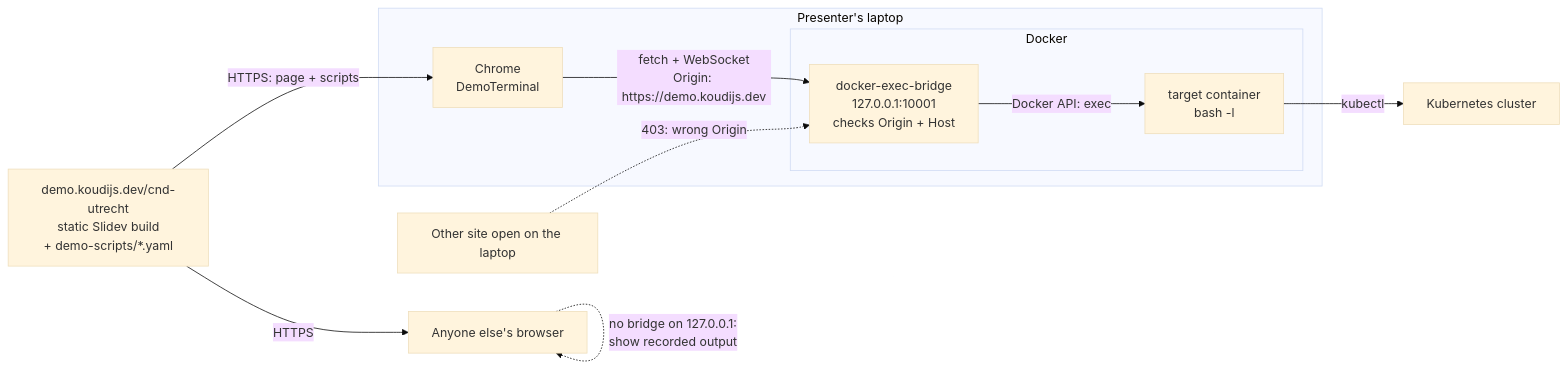
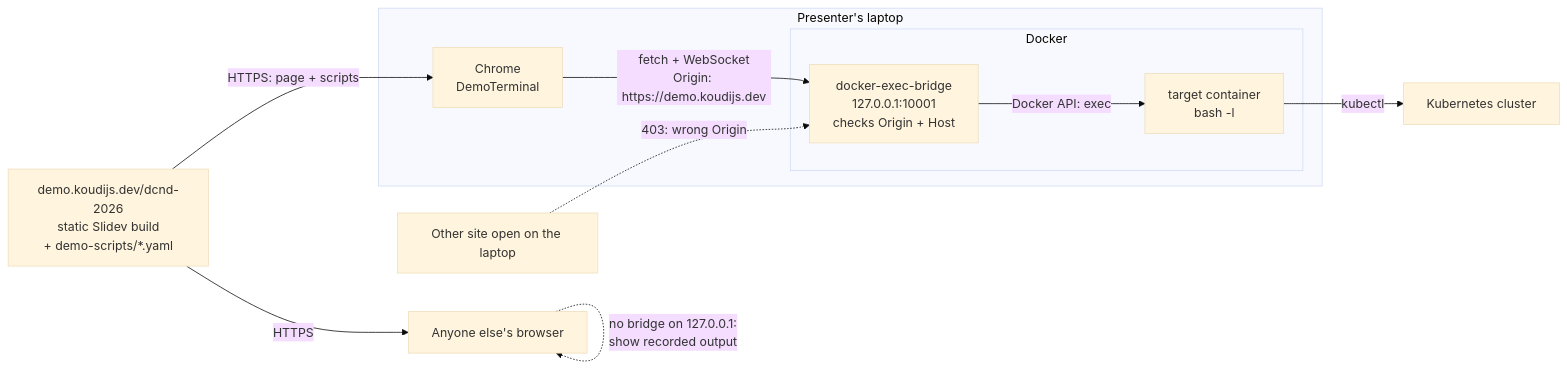
One commit to reverse-gitops/talks changed the third of 3 diagrams in settings-that-break/WEB-TERMINAL.md. Above: the diagram before and after it, drawn with Mermaid (base theme). The commit also changed other lines of this file and 1 other file, not shown here.

Commit message:
Point the hosted-deck notes at /dcnd-2026/
The deck now runs at demo.koudijs.dev/dcnd-2026/, so the comment in
vite.config.ts and the web terminal notes say so instead of the old
/cnd-utrecht/. external/k8s moves to the commit that serves it.

````diff
--- a/settings-that-break/WEB-TERMINAL.md
+++ b/settings-that-break/WEB-TERMINAL.md
@@ -229,24 +229,24 @@
 ```mermaid
 flowchart LR
-  hosting["demo.koudijs.dev/cnd-utrecht<br/>static Slidev build<br/>+ demo-scripts/*.yaml"]
+  hosting["demo.koudijs.dev/dcnd-2026<br/>static Slidev build<br/>+ demo-scripts/*.yaml"]
 
   subgraph laptop["Presenter's laptop"]
     browser["Chrome<br/>DemoTerminal"]
     subgraph docker["Docker"]
       bridge["docker-exec-bridge<br/>127.0.0.1:10001<br/>checks Origin + Host"]
       demo["target container<br/>bash -l"]
     end
   end
 
   other["Anyone else's browser"]
   evil["Other site open on the laptop"]
   cluster["Kubernetes cluster"]
 
   hosting -- "HTTPS: page + scripts" --> browser
   hosting -- "HTTPS" --> other
   browser -- "fetch + WebSocket<br/>Origin: https://demo.koudijs.dev" --> bridge
   evil -. "403: wrong Origin" .-> bridge
   other -. "no bridge on 127.0.0.1:<br/>show recorded output" .-> other
   bridge -- "Docker API: exec" --> demo
   demo -- kubectl --> cluster
 ```
````
